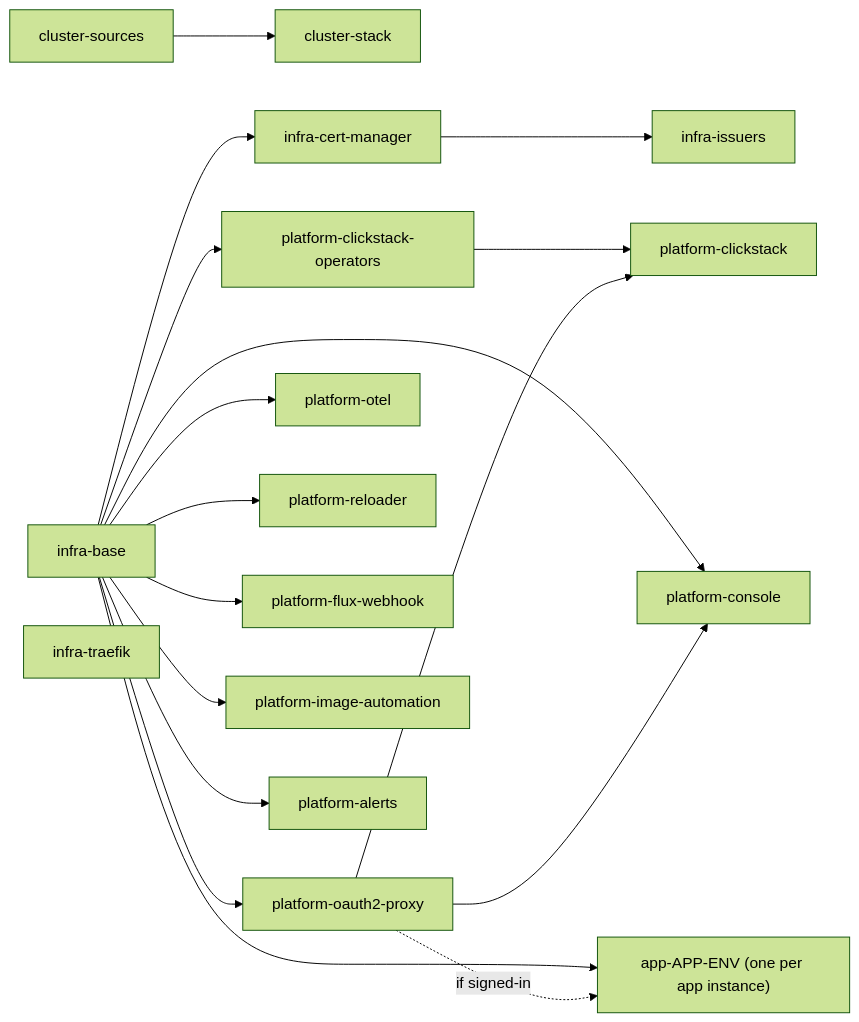
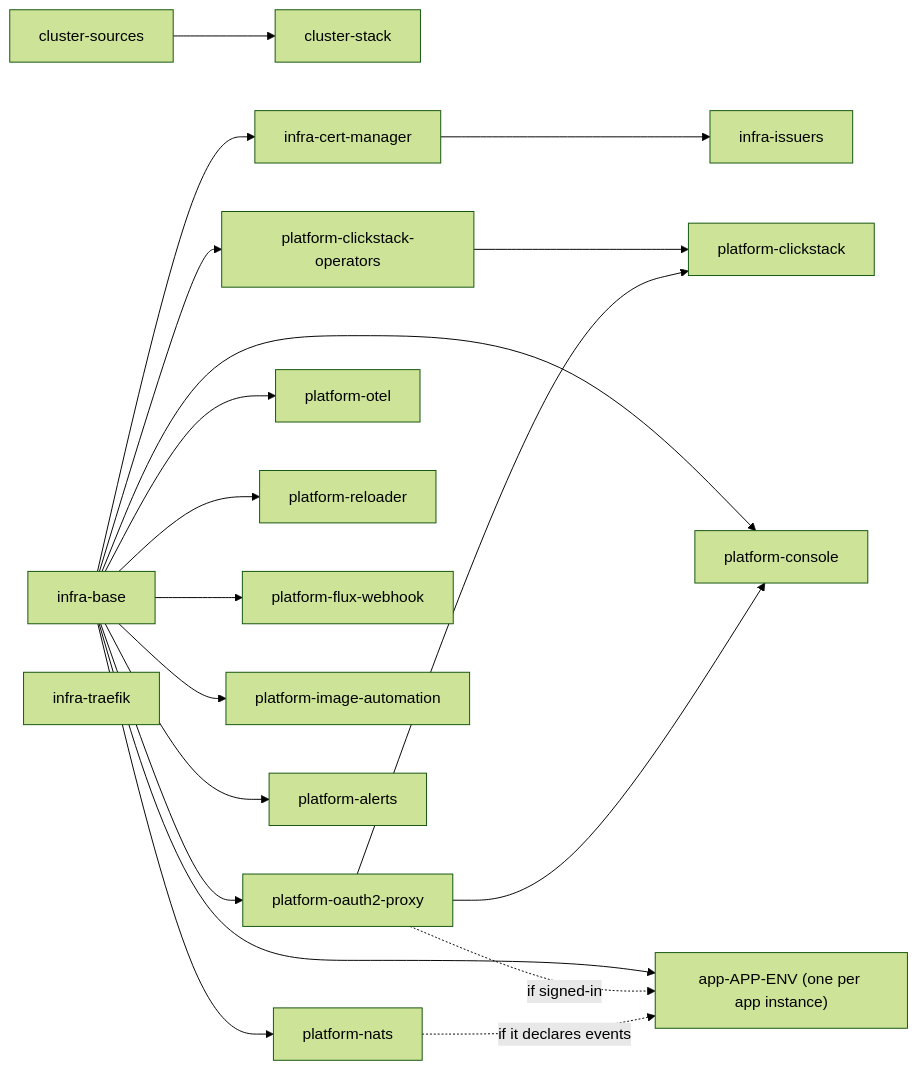
One commit to samclement/swhurl-platform changed the first of 5 diagrams in docs/architecture.md. Above: the diagram before and after it, drawn with Mermaid (forest theme). The commit also changed other lines of this file and 14 other files, not shown here.

Commit message:
platform: NATS JetStream and its stream controller (platform-nats)

````diff
--- a/docs/architecture.md
+++ b/docs/architecture.md
@@ -34,18 +34,20 @@
 ```mermaid
 flowchart LR
   sources[cluster-sources] --> stack[cluster-stack]
   base[infra-base] --> cm[infra-cert-manager] --> issuers[infra-issuers]
   base --> auth[platform-oauth2-proxy]
   base --> ops[platform-clickstack-operators] --> clickstack[platform-clickstack]
   auth --> clickstack
   base --> otel[platform-otel]
   base --> reloader[platform-reloader]
   base --> webhook[platform-flux-webhook]
   base --> imageauto[platform-image-automation]
   base --> alerts[platform-alerts]
   base --> console[platform-console]
   auth --> console
+  base --> nats[platform-nats]
   traefik[infra-traefik]
   base --> app["app-APP-ENV (one per app instance)"]
   auth -. if signed-in .-> app
+  nats -. if it declares events .-> app
 ```
````
